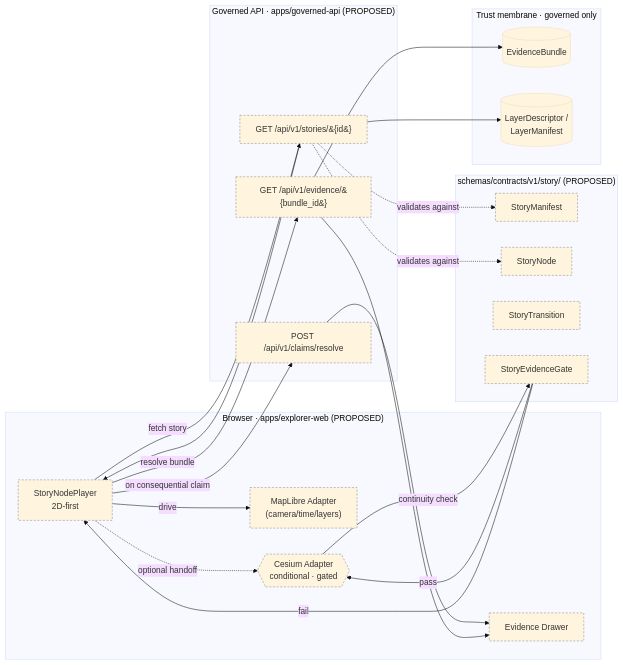
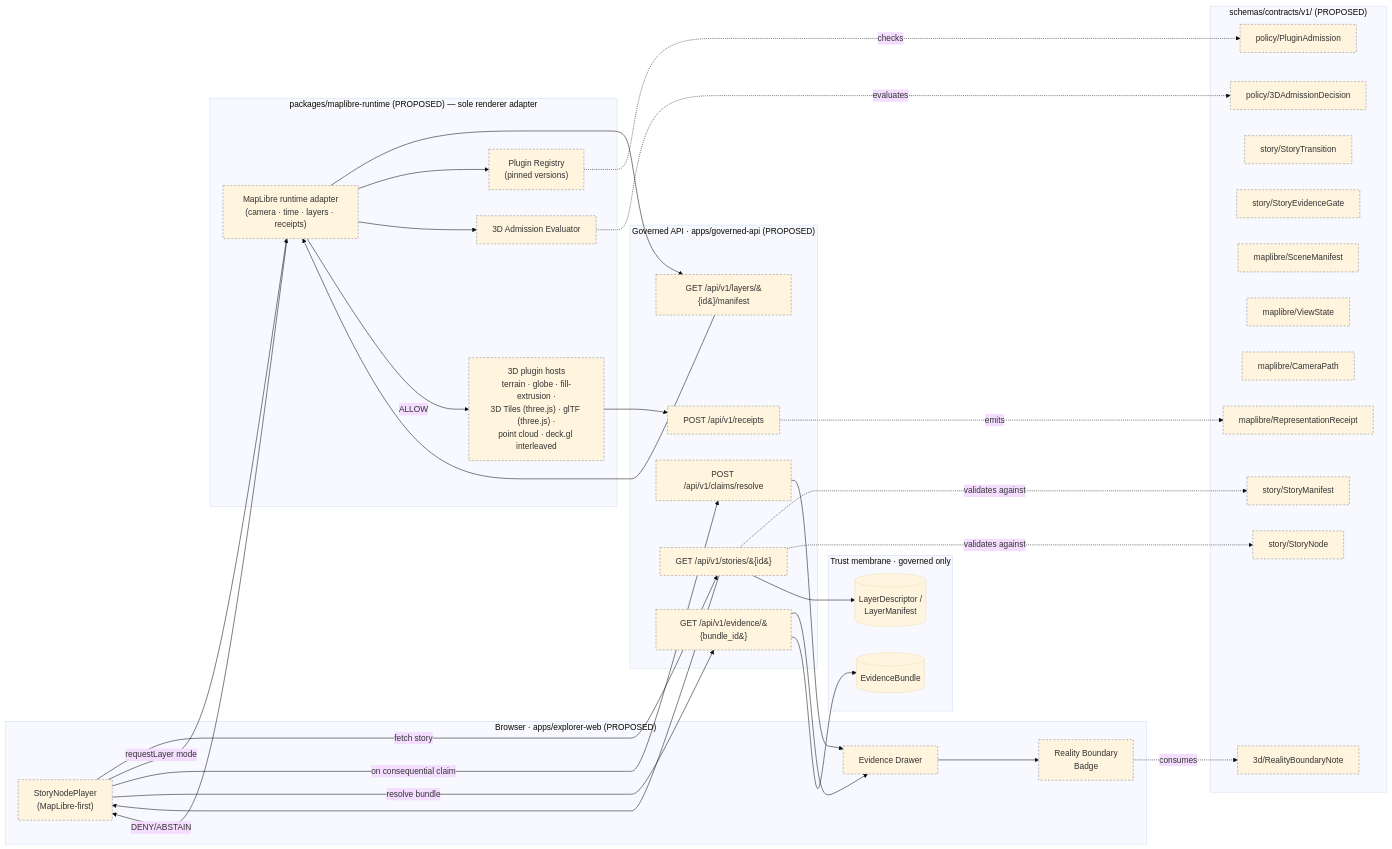
Before and after one commit to bartytime4life/Kansas-Frontier-Matrix: the first of 2 diagrams in docs/architecture/story/README.md, drawn with Mermaid (base theme). The commit also changed other lines of this file, not shown here.

````diff
--- a/docs/architecture/story/README.md
+++ b/docs/architecture/story/README.md
@@ -197,49 +235,73 @@
 ```mermaid
 flowchart LR
     subgraph Browser["Browser · apps/explorer-web (PROPOSED)"]
-        SP["StoryNodePlayer<br/>2D-first"]
-        ML["MapLibre Adapter<br/>(camera/time/layers)"]
+        SP["StoryNodePlayer<br/>(MapLibre-first)"]
         ED["Evidence Drawer"]
-        CE{{"Cesium Adapter<br/>conditional · gated"}}
+        RBB["Reality Boundary<br/>Badge"]
+    end
+
+    subgraph Runtime["packages/maplibre-runtime (PROPOSED) — sole renderer adapter"]
+        MR["MapLibre runtime adapter<br/>(camera · time · layers · receipts)"]
+        ADM["3D Admission Evaluator"]
+        PLG["Plugin Registry<br/>(pinned versions)"]
+        H3D["3D plugin hosts<br/>terrain · globe · fill-extrusion ·<br/>3D Tiles (three.js) · glTF (three.js) ·<br/>point cloud · deck.gl interleaved"]
     end
 
     subgraph API["Governed API · apps/governed-api (PROPOSED)"]
         SR["GET /api/v1/stories/&#123;id&#125;"]
         EVR["GET /api/v1/evidence/&#123;bundle_id&#125;"]
         CR["POST /api/v1/claims/resolve"]
+        LMR["GET /api/v1/layers/&#123;id&#125;/manifest"]
+        RCR["POST /api/v1/receipts"]
     end
 
-    subgraph Schemas["schemas/contracts/v1/story/ (PROPOSED)"]
-        SM[StoryManifest]
-        SN[StoryNode]
-        ST[StoryTransition]
-        SG[StoryEvidenceGate]
+    subgraph Schemas["schemas/contracts/v1/ (PROPOSED)"]
+        SM["story/StoryManifest"]
+        SN["story/StoryNode"]
+        ST["story/StoryTransition"]
+        SG["story/StoryEvidenceGate"]
+        SCM["maplibre/SceneManifest"]
+        VS["maplibre/ViewState"]
+        CP["maplibre/CameraPath"]
+        RR["maplibre/RepresentationReceipt"]
+        RBN["3d/RealityBoundaryNote"]
+        ADD["policy/3DAdmissionDecision"]
+        PAD["policy/PluginAdmission"]
     end
 
     subgraph Trust["Trust membrane · governed only"]
         EB[(EvidenceBundle)]
         LD[(LayerDescriptor /<br/>LayerManifest)]
     end
 
     SP -->|fetch story| SR
     SR -. validates against .-> SM
     SR -. validates against .-> SN
     SR --> SP
 
-    SP -->|drive| ML
+    SP -->|requestLayer mode| MR
+    MR --> LMR
+    LMR --> MR
+    MR --> PLG
+    MR --> ADM
+    ADM -. evaluates .-> ADD
+    PLG -. checks .-> PAD
+    MR -->|ALLOW| H3D
+    MR -->|DENY/ABSTAIN| SP
+
     SP -->|on consequential claim| CR
     SP -->|resolve bundle| EVR
     CR --> ED
     EVR --> ED
+    ED --> RBB
+    RBB -. consumes .-> RBN
 
-    SP -.optional handoff.-> CE
-    CE -->|continuity check| SG
-    SG -- pass --> CE
-    SG -- fail --> SP
+    H3D --> RCR
+    RCR -. emits .-> RR
 
     EVR --> EB
     SR --> LD
 
     classDef proposed stroke-dasharray: 4 3,stroke:#888;
-    class SP,ML,ED,CE,SR,EVR,CR,SM,SN,ST,SG proposed;
+    class SP,ED,RBB,MR,ADM,PLG,H3D,SR,EVR,CR,LMR,RCR,SM,SN,ST,SG,SCM,VS,CP,RR,RBN,ADD,PAD proposed;
 ```
````
